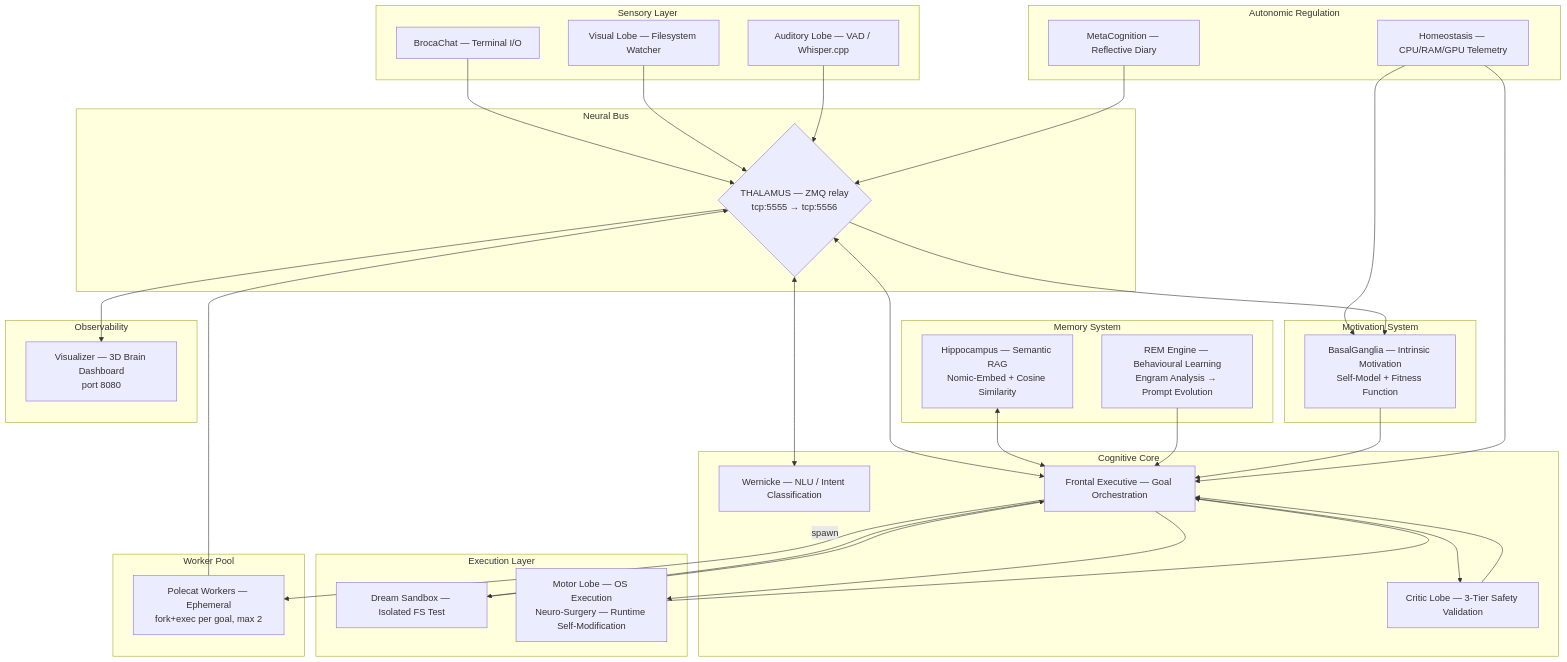
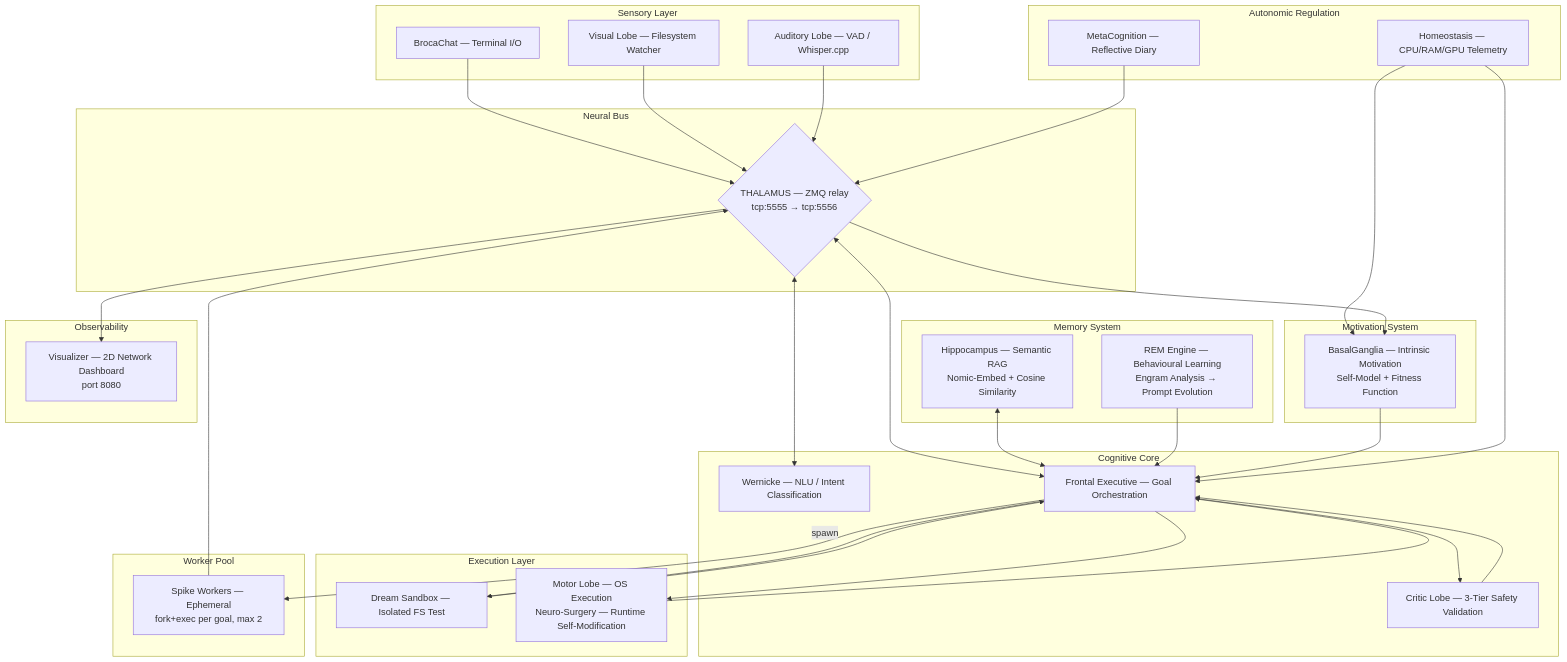
The diagram in README.md (jpmlima/NeuroSwarm), drawn with Mermaid before and after one commit. The commit also changed other lines of this file and 15 other files, not shown here.

````diff
--- a/README.md
+++ b/README.md
@@ -40,64 +40,64 @@
 ```mermaid
 graph TD
     subgraph "Sensory Layer"
         UI[BrocaChat — Terminal I/O]
         VL[Visual Lobe — Filesystem Watcher]
         AL[Auditory Lobe — VAD / Whisper.cpp]
     end
 
     subgraph "Neural Bus"
         TH{THALAMUS — ZMQ relay\ntcp:5555 → tcp:5556}
     end
 
     subgraph "Cognitive Core"
         WN[Wernicke — NLU / Intent Classification]
         FE[Frontal Executive — Goal Orchestration]
         CL[Critic Lobe — 3-Tier Safety Validation]
     end
 
     subgraph "Memory System"
         HP[Hippocampus — Semantic RAG\nNomic-Embed + Cosine Similarity]
         REM[REM Engine — Behavioural Learning\nEngram Analysis → Prompt Evolution]
     end
 
     subgraph "Execution Layer"
         DS[Dream Sandbox — Isolated FS Test]
         MT[Motor Lobe — OS Execution\nNeuro-Surgery — Runtime Self-Modification]
     end
 
     subgraph "Worker Pool"
-        PW[Polecat Workers — Ephemeral\nfork+exec per goal, max 2]
+        SW[Spike Workers — Ephemeral\nfork+exec per goal, max 2]
     end
 
     subgraph "Motivation System"
         BG[BasalGanglia — Intrinsic Motivation\nSelf-Model + Fitness Function]
     end
 
     subgraph "Autonomic Regulation"
         HM[Homeostasis — CPU/RAM/GPU Telemetry]
         MC[MetaCognition — Reflective Diary]
     end
 
     subgraph "Observability"
-        VZ[Visualizer — 3D Brain Dashboard\nport 8080]
+        VZ[Visualizer — 2D Network Dashboard\nport 8080]
     end
 
     UI --> TH
     VL --> TH
     AL --> TH
     TH <--> WN
     TH <--> FE
     FE --> CL --> FE
     FE --> DS --> FE
     FE --> MT --> FE
     HP <--> FE
     REM --> FE
     BG --> FE
-    FE -->|spawn| PW
-    PW --> TH
+    FE -->|spawn| SW
+    SW --> TH
     HM --> BG
     HM --> FE
     MC --> TH
     TH --> VZ
     TH --> BG
 ```
````
